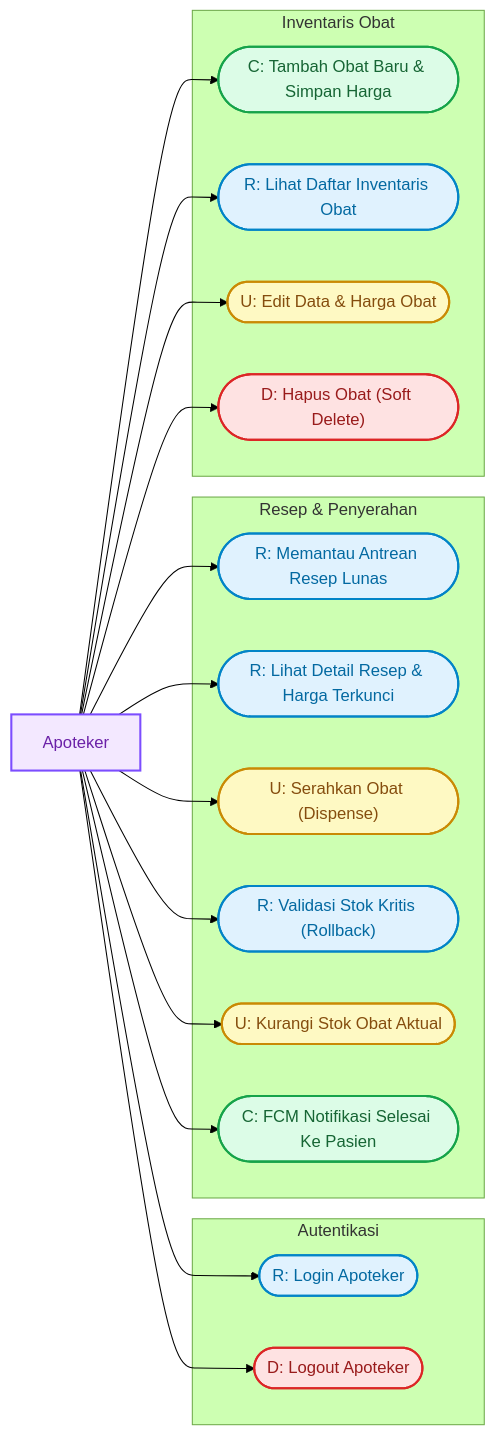
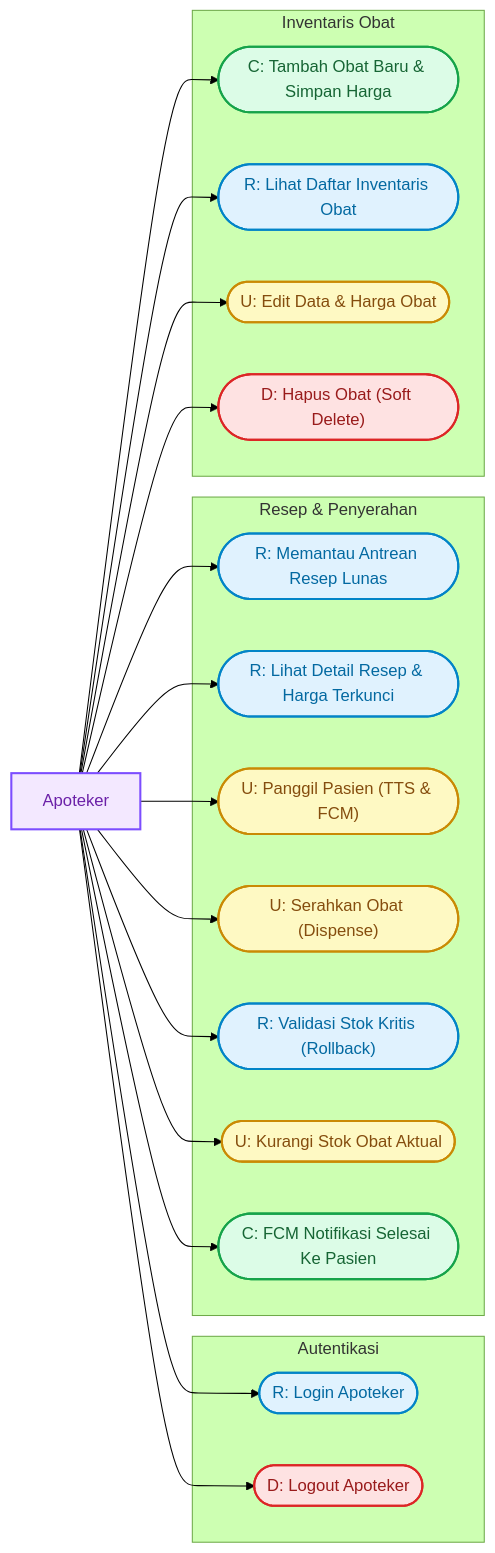
One commit to Rezi14/NalaSeva-Mobile-Test changed the fourth of 5 diagrams in dokumentasi/USECASE_DIAGRAM.md. Above: the diagram before and after it, drawn with Mermaid (forest theme). The commit also changed other lines of this file and 16 other files, not shown here.

````diff
--- a/dokumentasi/USECASE_DIAGRAM.md
+++ b/dokumentasi/USECASE_DIAGRAM.md
@@ -422,44 +424,46 @@
 ```mermaid
 flowchart LR
   classDef actorStyle fill:#f3e8ff,stroke:#7c4dff,stroke-width:2px,color:#6b21a8;
   classDef cStyle fill:#dcfce7,stroke:#16a34a,stroke-width:2px,color:#166534;
   classDef rStyle fill:#e0f2fe,stroke:#0284c7,stroke-width:2px,color:#0369a1;
   classDef uStyle fill:#fef9c3,stroke:#ca8a04,stroke-width:2px,color:#854d0e;
   classDef dStyle fill:#fee2e2,stroke:#dc2626,stroke-width:2px,color:#991b1b;
 
   Apoteker[Apoteker]:::actorStyle
 
   subgraph AuthAp ["Autentikasi"]
     R0(["R: Login Apoteker"]):::rStyle
     D0(["D: Logout Apoteker"]):::dStyle
   end
 
   subgraph ResepAp ["Resep & Penyerahan"]
     R1(["R: Memantau Antrean Resep Lunas"]):::rStyle
     R2(["R: Lihat Detail Resep & Harga Terkunci"]):::rStyle
+    U1b(["U: Panggil Pasien (TTS & FCM)"]):::uStyle
     U1(["U: Serahkan Obat (Dispense)"]):::uStyle
     R3(["R: Validasi Stok Kritis (Rollback)"]):::rStyle
     U2(["U: Kurangi Stok Obat Aktual"]):::uStyle
     C1(["C: FCM Notifikasi Selesai Ke Pasien"]):::cStyle
   end
 
   subgraph InventarisAp ["Inventaris Obat"]
     C2(["C: Tambah Obat Baru & Simpan Harga"]):::cStyle
     R4(["R: Lihat Daftar Inventaris Obat"]):::rStyle
     U3(["U: Edit Data & Harga Obat"]):::uStyle
     D1(["D: Hapus Obat (Soft Delete)"]):::dStyle
   end
 
   Apoteker --> R0
   Apoteker --> D0
   Apoteker --> R1
   Apoteker --> R2
+  Apoteker --> U1b
   Apoteker --> U1
   Apoteker --> R3
   Apoteker --> U2
   Apoteker --> C1
   Apoteker --> C2
   Apoteker --> R4
   Apoteker --> U3
   Apoteker --> D1
 ```
````
